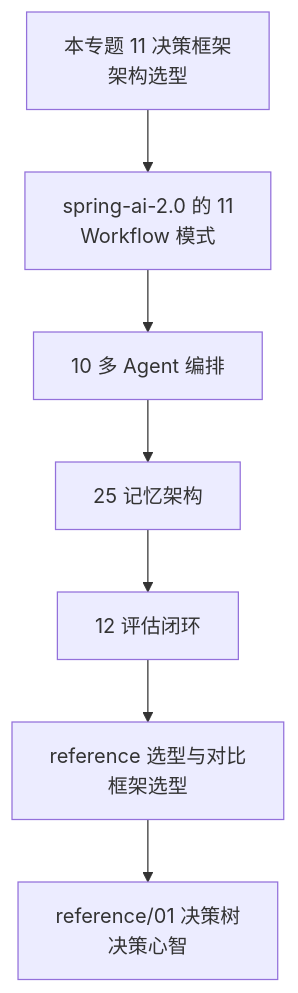
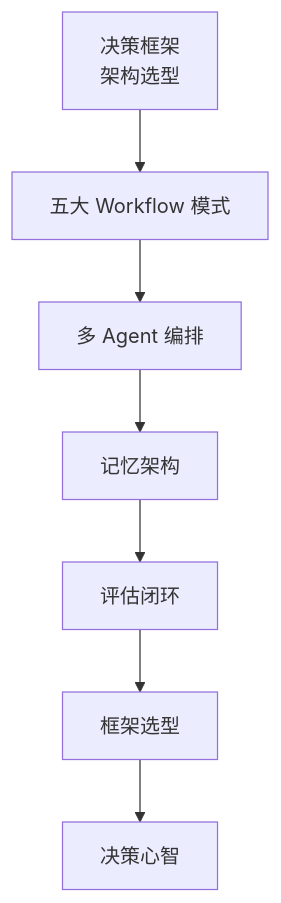
Before and after one commit to UranusGit/java-agent-learn: the second of 3 diagrams in docs/附录/Agent与提示词工程专题/10-从入门到Agent架构师.md, drawn with Mermaid. The commit also changed other lines of this file and 184 other files, not shown here.

````diff
--- a/docs/附录/Agent与提示词工程专题/10-从入门到Agent架构师.md
+++ b/docs/附录/Agent与提示词工程专题/10-从入门到Agent架构师.md
@@ -61,9 +61,9 @@
 ```mermaid
 flowchart TD
-    A["本专题 11 决策框架<br/>架构选型"] --> B["spring-ai-2.0 的 11<br/>Workflow 模式"]
-    B --> C["10 多 Agent 编排"]
-    C --> D["25 记忆架构"]
-    D --> E["12 评估闭环"]
-    E --> F["reference 选型与对比<br/>框架选型"]
-    F --> G["reference/01 决策树<br/>决策心智"]
+    A["决策框架<br/>架构选型"] --> B["五大 Workflow 模式"]
+    B --> C["多 Agent 编排"]
+    C --> D["记忆架构"]
+    D --> E["评估闭环"]
+    E --> F["框架选型"]
+    F --> G["决策心智"]
 ```
````
